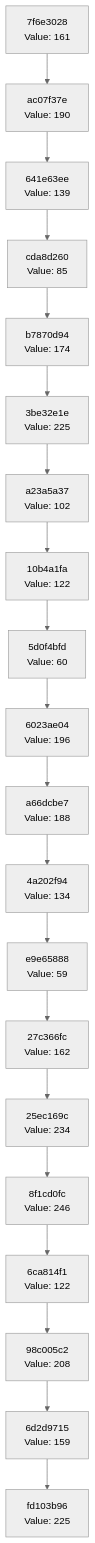
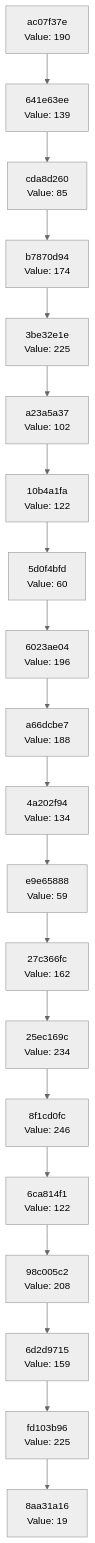
The diagram in docs/CHAIN_VISUALIZATION.md (Abhisheksinha1506/hash-chain-evolver), drawn with Mermaid (neutral theme) before and after one commit. The commit also changed 2 other files, not shown here.

Commit message:
Evolution step: hash 0x13 → action executed

````diff
--- a/docs/CHAIN_VISUALIZATION.md
+++ b/docs/CHAIN_VISUALIZATION.md
@@ -3,42 +3,42 @@
 ```mermaid
 graph TD
-    C0["fd103b96<br/>Value: 225"]
-    C1["6d2d9715<br/>Value: 159"]
+    C0["8aa31a16<br/>Value: 19"]
+    C1["fd103b96<br/>Value: 225"]
     C1 --> C0
-    C2["98c005c2<br/>Value: 208"]
+    C2["6d2d9715<br/>Value: 159"]
     C2 --> C1
-    C3["6ca814f1<br/>Value: 122"]
+    C3["98c005c2<br/>Value: 208"]
     C3 --> C2
-    C4["8f1cd0fc<br/>Value: 246"]
+    C4["6ca814f1<br/>Value: 122"]
     C4 --> C3
-    C5["25ec169c<br/>Value: 234"]
+    C5["8f1cd0fc<br/>Value: 246"]
     C5 --> C4
-    C6["27c366fc<br/>Value: 162"]
+    C6["25ec169c<br/>Value: 234"]
     C6 --> C5
-    C7["e9e65888<br/>Value: 59"]
+    C7["27c366fc<br/>Value: 162"]
     C7 --> C6
-    C8["4a202f94<br/>Value: 134"]
+    C8["e9e65888<br/>Value: 59"]
     C8 --> C7
-    C9["a66dcbe7<br/>Value: 188"]
+    C9["4a202f94<br/>Value: 134"]
     C9 --> C8
-    C10["6023ae04<br/>Value: 196"]
+    C10["a66dcbe7<br/>Value: 188"]
     C10 --> C9
-    C11["5d0f4bfd<br/>Value: 60"]
+    C11["6023ae04<br/>Value: 196"]
     C11 --> C10
-    C12["10b4a1fa<br/>Value: 122"]
+    C12["5d0f4bfd<br/>Value: 60"]
     C12 --> C11
-    C13["a23a5a37<br/>Value: 102"]
+    C13["10b4a1fa<br/>Value: 122"]
     C13 --> C12
-    C14["3be32e1e<br/>Value: 225"]
+    C14["a23a5a37<br/>Value: 102"]
     C14 --> C13
-    C15["b7870d94<br/>Value: 174"]
+    C15["3be32e1e<br/>Value: 225"]
     C15 --> C14
-    C16["cda8d260<br/>Value: 85"]
+    C16["b7870d94<br/>Value: 174"]
     C16 --> C15
-    C17["641e63ee<br/>Value: 139"]
+    C17["cda8d260<br/>Value: 85"]
     C17 --> C16
-    C18["ac07f37e<br/>Value: 190"]
+    C18["641e63ee<br/>Value: 139"]
     C18 --> C17
-    C19["7f6e3028<br/>Value: 161"]
+    C19["ac07f37e<br/>Value: 190"]
     C19 --> C18
 ```
````
